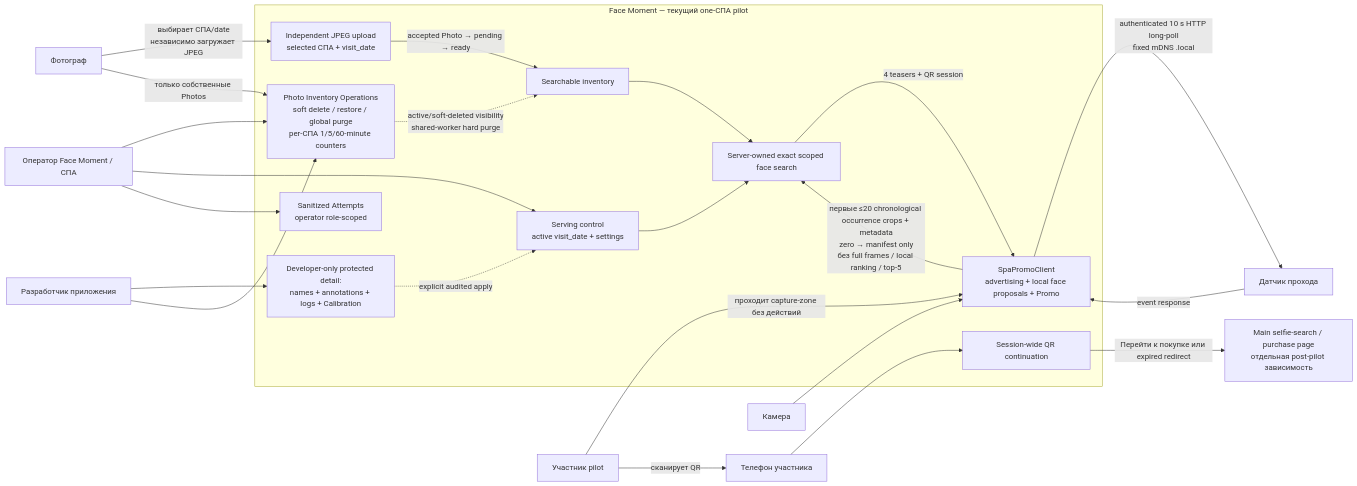
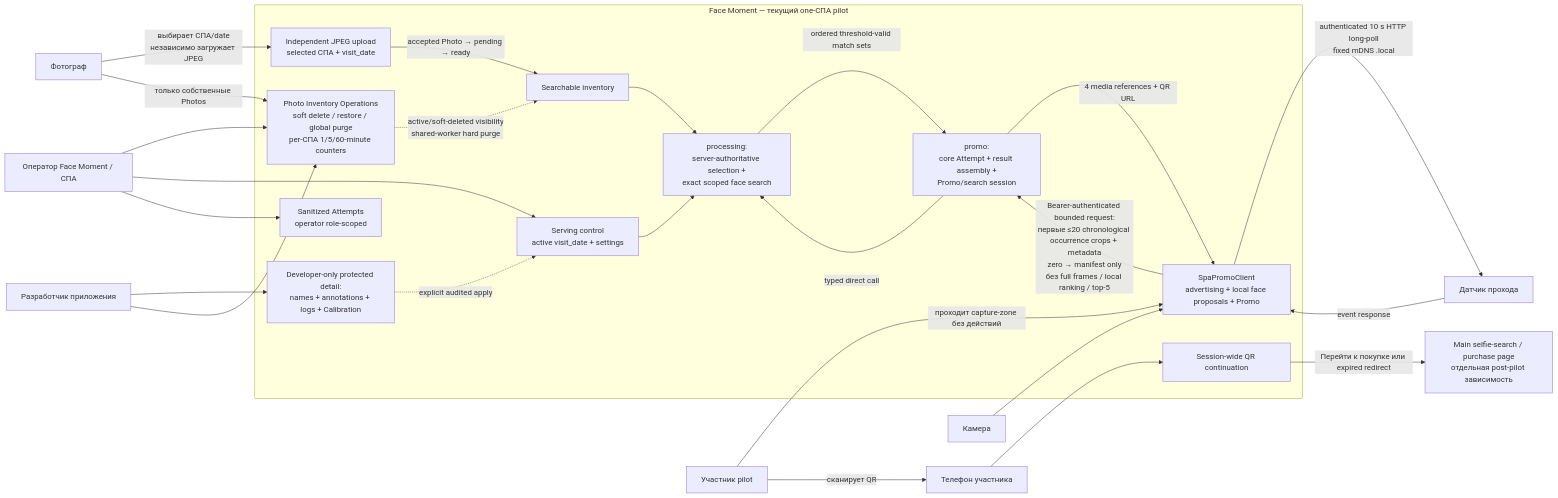
One commit to nicelight/face_moment changed the diagram in mermaids/01-product-context.md. Above: the diagram before and after it, drawn with Mermaid. The commit also changed other lines of this file and 19 other files, not shown here.

````diff
--- a/mermaids/01-product-context.md
+++ b/mermaids/01-product-context.md
@@ -5,48 +5,51 @@
 ```mermaid
 flowchart LR
     photographer["Фотограф"]
     participant["Участник pilot"]
     operator["Оператор Face Moment / СПА"]
     developer["Разработчик приложения"]
     sensor["Датчик прохода"]
     camera["Камера"]
     phone["Телефон участника"]
     future["Main selfie-search / purchase page<br/>отдельная post-pilot зависимость"]
 
     subgraph fm["Face Moment — текущий one-СПА pilot"]
         upload["Independent JPEG upload<br/>selected СПА + visit_date"]
         inventory["Searchable inventory"]
         serving["Serving control<br/>active visit_date + settings"]
         promo_client["SpaPromoClient<br/>advertising + local face proposals + Promo"]
-        search["Server-owned exact scoped face search"]
+        search["processing:<br/>server-authoritative selection +<br/>exact scoped face search"]
+        promo["promo:<br/>core Attempt + result assembly +<br/>Promo/search session"]
         continuation["Session-wide QR continuation"]
         operations["Photo Inventory Operations<br/>soft delete / restore / global purge<br/>per-СПА 1/5/60-minute counters"]
         attempt_view["Sanitized Attempts<br/>operator role-scoped"]
         diagnostics["Developer-only protected detail:<br/>names + annotations + logs + Calibration"]
     end
 
     photographer -->|"выбирает СПА/date<br/>независимо загружает JPEG"| upload
     upload -->|"accepted Photo → pending → ready"| inventory
 
     promo_client -->|"authenticated 10 s HTTP long-poll<br/>fixed mDNS .local"| sensor
     sensor -->|"event response"| promo_client
     camera --> promo_client
     participant -->|"проходит capture-zone без действий"| promo_client
-    promo_client -->|"первые ≤20 chronological occurrence crops + metadata<br/>zero → manifest only<br/>без full frames / local ranking / top-5"| search
+    promo_client -->|"Bearer-authenticated bounded request:<br/>первые ≤20 chronological occurrence crops + metadata<br/>zero → manifest only<br/>без full frames / local ranking / top-5"| promo
     inventory --> search
     serving --> search
-    search -->|"4 teasers + QR session"| promo_client
+    promo -->|"typed direct call"| search
+    search -->|"ordered threshold-valid match sets"| promo
+    promo -->|"4 media references + QR URL"| promo_client
 
     participant -->|"сканирует QR"| phone
     phone --> continuation
     continuation -->|"Перейти к покупке или expired redirect"| future
 
     operator --> operations
     operator --> serving
     operator --> attempt_view
     photographer -->|"только собственные Photos"| operations
     developer --> diagnostics
     developer --> operations
     operations -.->|"active/soft-deleted visibility<br/>shared-worker hard purge"| inventory
     diagnostics -.->|"explicit audited apply"| serving
 ```
````
